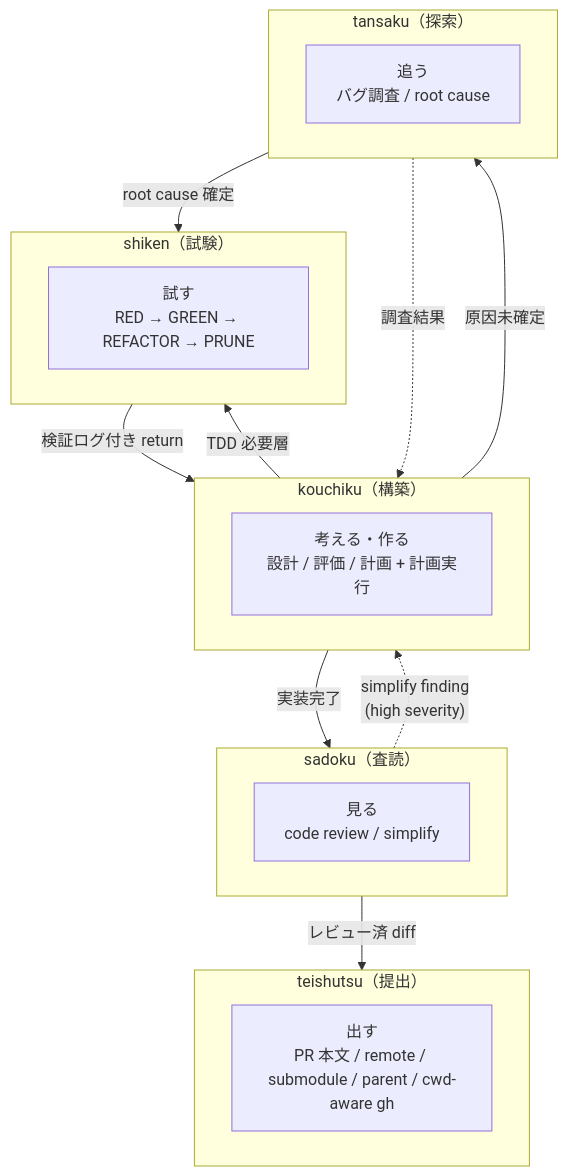
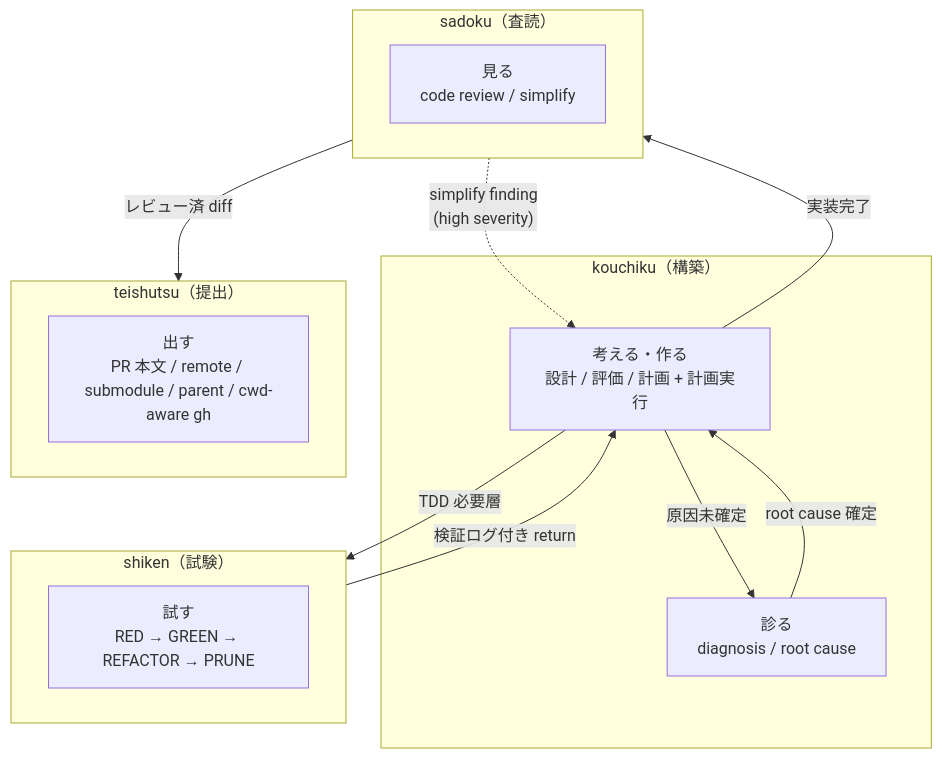
Before and after one commit to hayashiii-ghub/hikizan: the first of 10 diagrams in docs/workflow.md, drawn with Mermaid. The commit also changed other lines of this file and 9 other files, not shown here.

Commit message:
docs: fold tansaku into kouchiku diagnosis

````diff
--- a/docs/workflow.md
+++ b/docs/workflow.md
@@ -32,27 +32,24 @@
 ```mermaid
 flowchart TB
   subgraph BUILD["kouchiku（構築）"]
     K["考える・作る<br/>設計 / 評価 / 計画 + 計画実行"]
+    KD["診る<br/>diagnosis / root cause"]
   end
   subgraph TEST["shiken（試験）"]
     S["試す<br/>RED → GREEN → REFACTOR → PRUNE"]
   end
   subgraph REVIEW["sadoku（査読）"]
     R["見る<br/>code review / simplify"]
   end
-  subgraph HUNT["tansaku（探索）"]
-    T["追う<br/>バグ調査 / root cause"]
-  end
   subgraph SUBMIT["teishutsu（提出）"]
     M["出す<br/>PR 本文 / remote / submodule / parent / cwd-aware gh"]
   end
 
-  BUILD -->|"原因未確定"| HUNT
-  HUNT -->|"root cause 確定"| TEST
-  HUNT -.->|"調査結果"| BUILD
-  BUILD -->|"TDD 必要層"| TEST
-  TEST -->|"検証ログ付き return"| BUILD
-  BUILD -->|"実装完了"| REVIEW
-  REVIEW -.->|"simplify finding<br/>(high severity)"| BUILD
+  K -->|"原因未確定"| KD
+  KD -->|"root cause 確定"| K
+  K -->|"TDD 必要層"| TEST
+  TEST -->|"検証ログ付き return"| K
+  K -->|"実装完了"| REVIEW
+  REVIEW -.->|"simplify finding<br/>(high severity)"| K
   REVIEW -->|"レビュー済 diff"| SUBMIT
 ```
````
